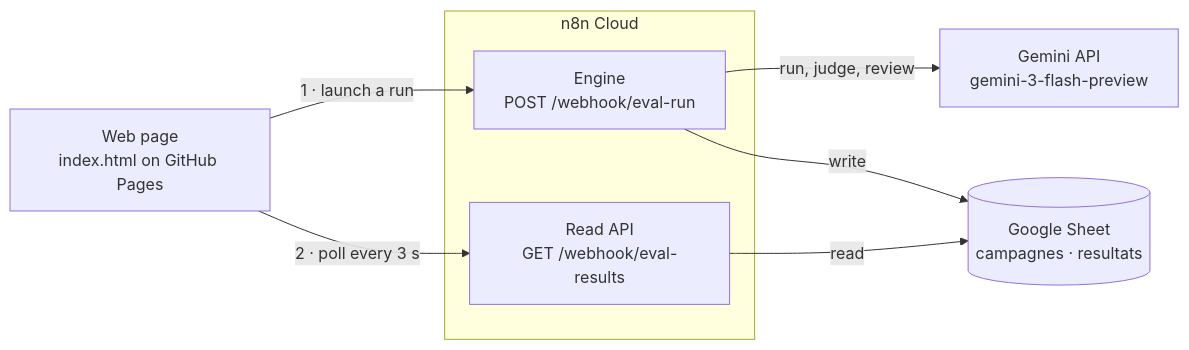
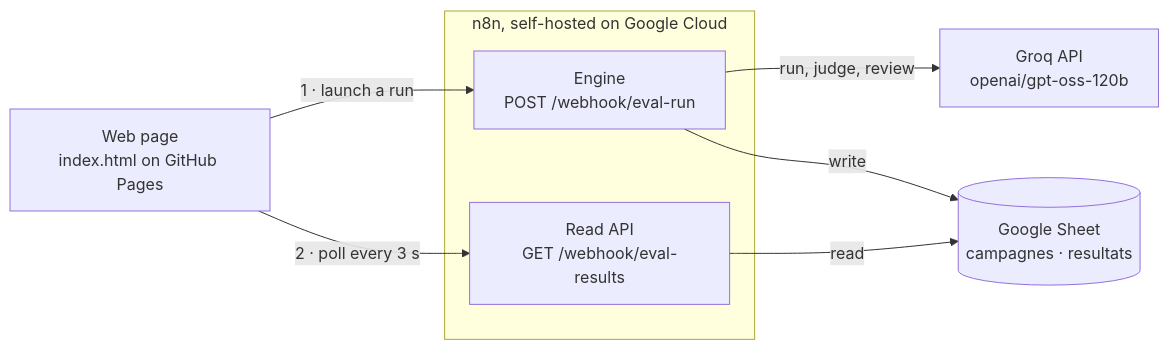
One commit to mariusrang/banc-essai-prompts changed the diagram in README.md. Above: the diagram before and after it, drawn with Mermaid. The commit also changed other lines of this file and 5 other files, not shown here.

````diff
--- a/README.md
+++ b/README.md
@@ -86,16 +93,16 @@
 ```mermaid
 flowchart LR
     UI["Web page<br/>index.html on GitHub Pages"]
-    subgraph n8n["n8n Cloud"]
+    subgraph n8n["n8n, self-hosted on Google Cloud"]
         RUN["Engine<br/>POST /webhook/eval-run"]
         READ["Read API<br/>GET /webhook/eval-results"]
     end
-    G["Gemini API<br/>gemini-3-flash-preview"]
+    G["Groq API<br/>openai/gpt-oss-120b"]
     S[("Google Sheet<br/>campagnes · resultats")]
 
     UI -- "1 · launch a run" --> RUN
     RUN -- "run, judge, review" --> G
     RUN -- "write" --> S
     UI -- "2 · poll every 3 s" --> READ
     READ -- "read" --> S
 ```
````
